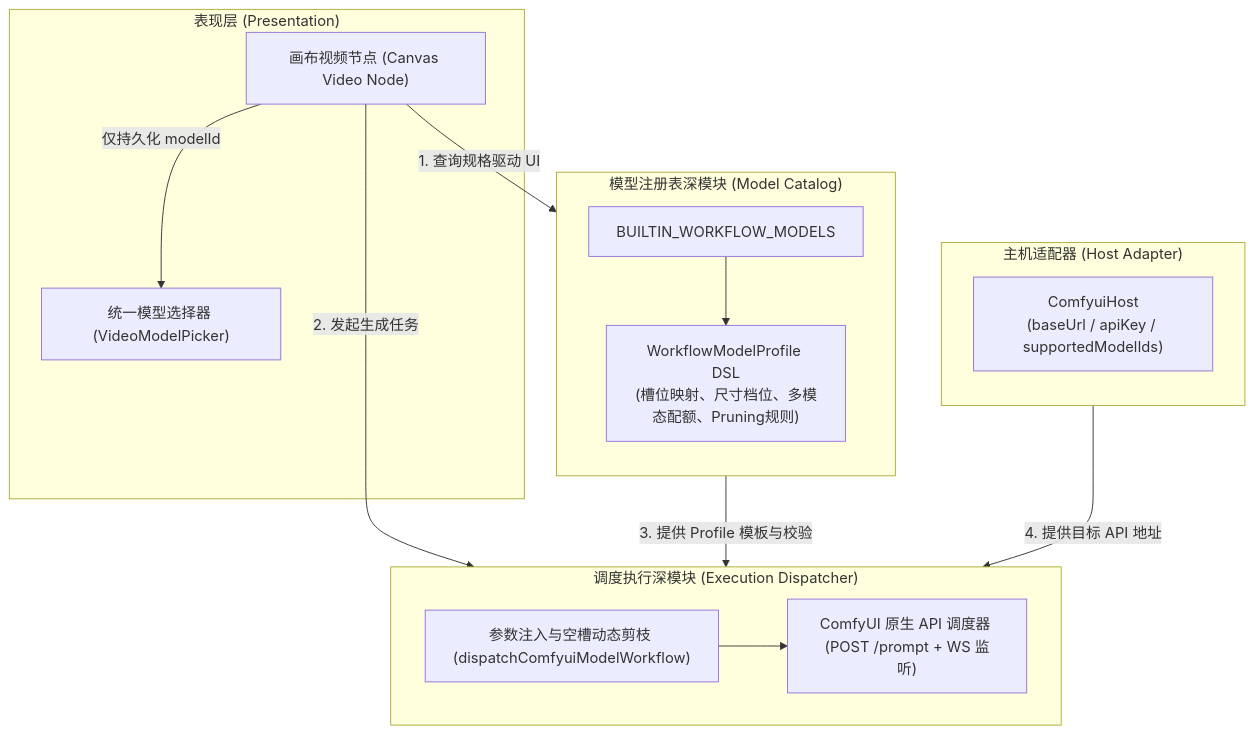
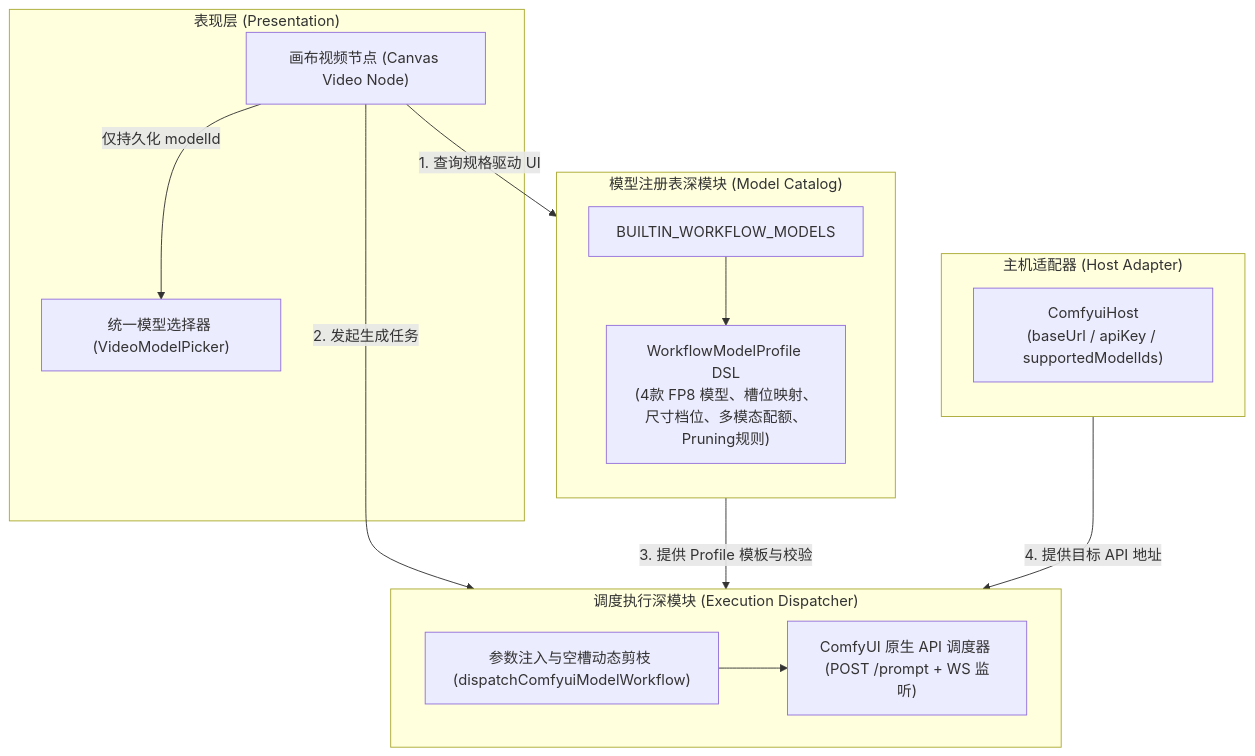
The first of 2 diagrams in docs/content/docs/development/workflow-model-host-decoupling-spec.zh-CN.mdx (ZhuYichuan/infinite-canvas), drawn with Mermaid before and after one commit. The commit also changed other lines of this file, not shown here.

````diff
--- a/docs/content/docs/development/workflow-model-host-decoupling-spec.zh-CN.mdx
+++ b/docs/content/docs/development/workflow-model-host-decoupling-spec.zh-CN.mdx
@@ -38,31 +44,31 @@
 ```mermaid
 flowchart TD
   subgraph ClientUI["表现层 (Presentation)"]
     CanvasNode["画布视频节点 (Canvas Video Node)"]
     Picker["统一模型选择器 (VideoModelPicker)"]
     CanvasNode -->|仅持久化 modelId| Picker
   end
 
   subgraph ModelCatalog["模型注册表深模块 (Model Catalog)"]
     direction TB
     Registry["BUILTIN_WORKFLOW_MODELS"]
-    Profile["WorkflowModelProfile DSL\n(槽位映射、尺寸档位、多模态配额、Pruning规则)"]
+    Profile["WorkflowModelProfile DSL\n(4款 FP8 模型、槽位映射、尺寸档位、多模态配额、Pruning规则)"]
     Registry --> Profile
   end
 
   subgraph HostAdapter["主机适配器 (Host Adapter)"]
     direction TB
     Host["ComfyuiHost\n(baseUrl / apiKey / supportedModelIds)"]
   end
 
   subgraph ExecutionModule["调度执行深模块 (Execution Dispatcher)"]
     Pruner["参数注入与空槽动态剪枝 (dispatchComfyuiModelWorkflow)"]
     Runner["ComfyUI 原生 API 调度器 (POST /prompt + WS 监听)"]
     Pruner --> Runner
   end
 
   CanvasNode -->|1. 查询规格驱动 UI| ModelCatalog
   CanvasNode -->|2. 发起生成任务| ExecutionModule
   ModelCatalog -->|3. 提供 Profile 模板与校验| ExecutionModule
   HostAdapter -->|4. 提供目标 API 地址| ExecutionModule
 ```
````
